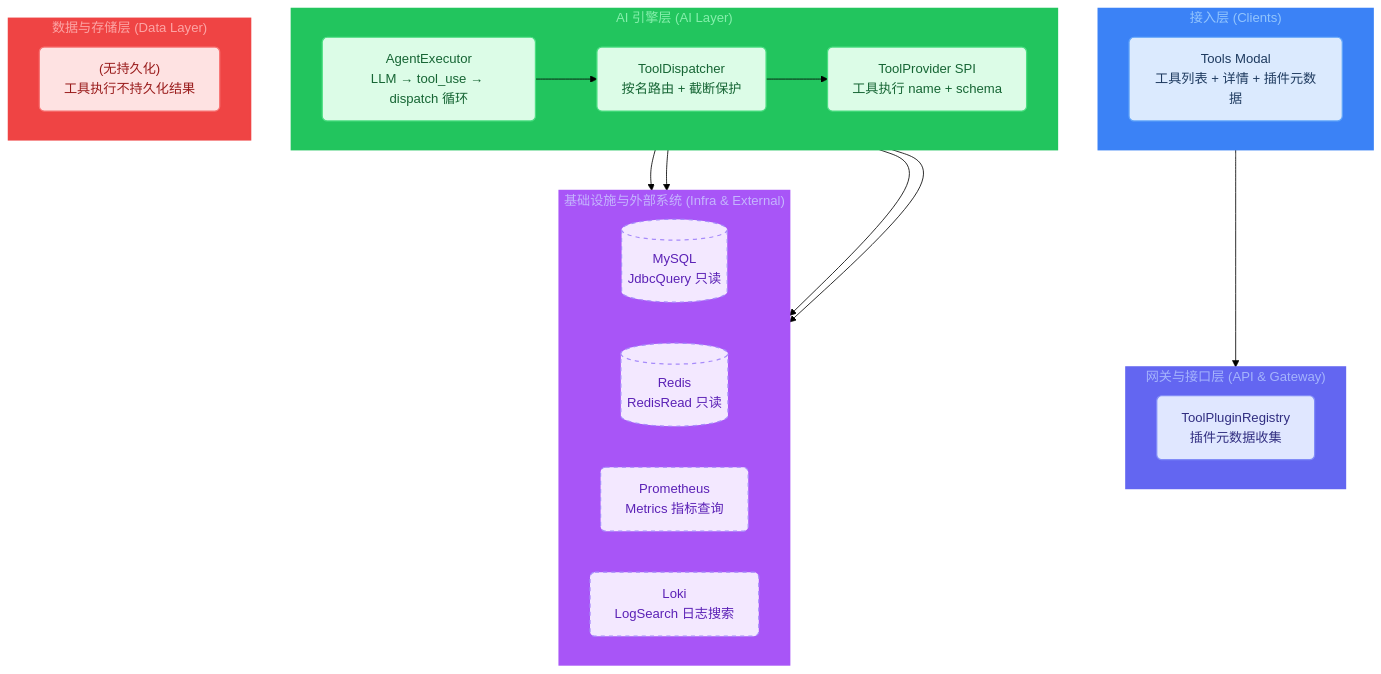
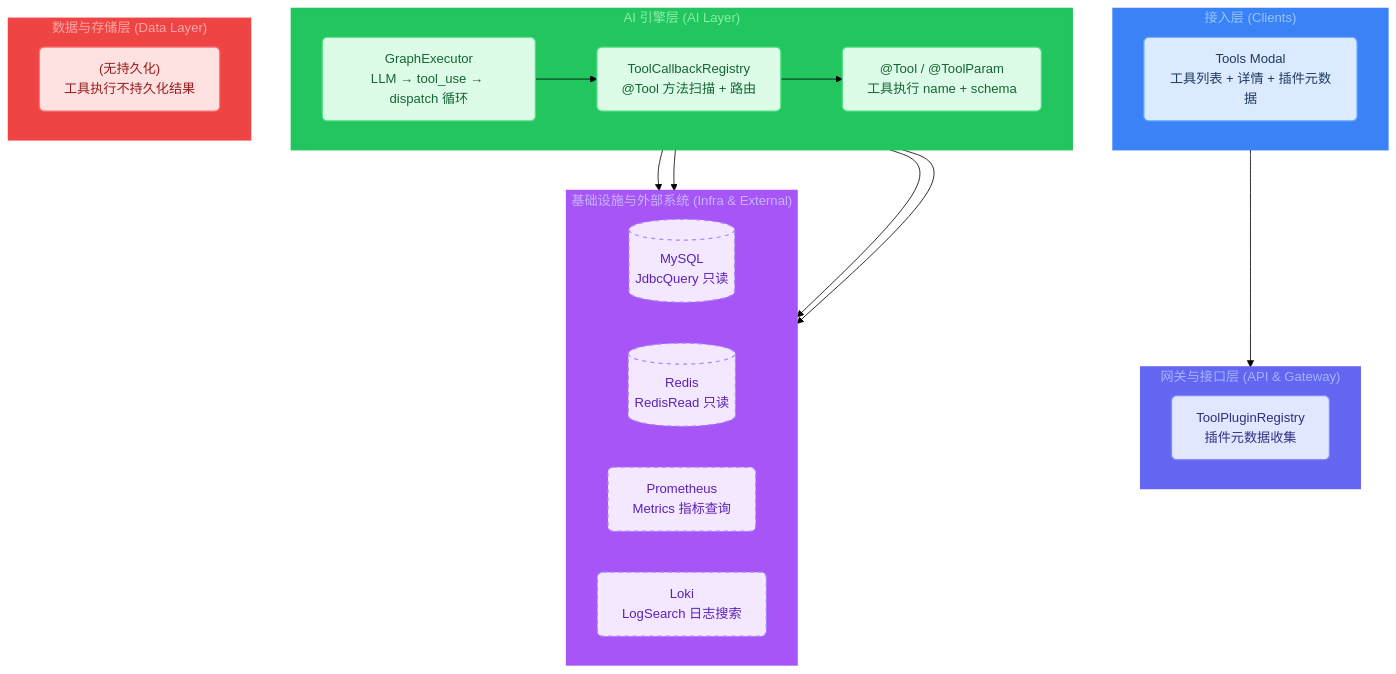
The diagram in docs/site/plugins/plugins-architecture.mmd (watson-song/snap-agent), drawn with Mermaid (forest theme) before and after one commit. The commit also changed 47 other files, not shown here.

First line of the commit message:
docs: update all documentation for architecture deepening

```diff
--- a/docs/site/plugins/plugins-architecture.mmd
+++ b/docs/site/plugins/plugins-architecture.mmd
@@ -1,57 +1,57 @@
 graph TD
     %% ===== Glassmorphism Node Classes =====
     classDef client fill:#dbeafe,stroke:#60a5fa,stroke-width:1.5px,color:#1e3a5f,rx:6px,ry:6px
     classDef api fill:#e0e7ff,stroke:#818cf8,stroke-width:1.5px,color:#312e81,rx:6px,ry:6px
     classDef ai fill:#dcfce7,stroke:#4ade80,stroke-width:1.5px,color:#166534,rx:6px,ry:6px
     classDef storage fill:#fee2e2,stroke:#f87171,stroke-width:1.5px,color:#991b1b,rx:6px,ry:6px
     classDef external fill:#f3e8ff,stroke:#a78bfa,stroke-width:1.5px,stroke-dasharray: 5 5,color:#5b21b6,rx:6px,ry:6px
 
     subgraph Client ["接入层 (Clients)"]
         direction LR
         Modal["Tools Modal<br/>工具列表 + 详情 + 插件元数据"]
     end
 
     subgraph Gateway ["网关与接口层 (API & Gateway)"]
         direction LR
         Registry["ToolPluginRegistry<br/>插件元数据收集"]
     end
 
     subgraph AI ["AI 引擎层 (AI Layer)"]
         direction LR
-        Executor["AgentExecutor<br/>LLM → tool_use → dispatch 循环"]
-        Dispatcher["ToolDispatcher<br/>按名路由 + 截断保护"]
-        Provider["ToolProvider SPI<br/>工具执行 name + schema"]
+        Executor["GraphExecutor<br/>LLM → tool_use → dispatch 循环"]
+        Dispatcher["ToolCallbackRegistry<br/>@Tool 方法扫描 + 路由"]
+        Provider["@Tool / @ToolParam<br/>工具执行 name + schema"]
     end
 
     subgraph Data ["数据与存储层 (Data Layer)"]
         direction LR
         None["(无持久化)<br/>工具执行不持久化结果"]
     end
 
     subgraph External ["基础设施与外部系统 (Infra & External)"]
         direction LR
         MySQL[("MySQL<br/>JdbcQuery 只读")]
         Redis[("Redis<br/>RedisRead 只读")]
         Prom["Prometheus<br/>Metrics 指标查询"]
         Loki["Loki<br/>LogSearch 日志搜索"]
     end
 
     Modal --> Registry
     Executor --> Dispatcher
     Dispatcher --> Provider
     Provider --> MySQL
     Provider --> Redis
     Provider --> Prom
     Provider --> Loki
 
     style Client fill:#3b82f6,stroke:#3b82f6,stroke-width:2px,color:#93c5fd
     style Gateway fill:#6366f1,stroke:#6366f1,stroke-width:2px,color:#a5b4fc
     style AI fill:#22c55e,stroke:#22c55e,stroke-width:2px,color:#86efac
     style Data fill:#ef4444,stroke:#ef4444,stroke-width:2px,color:#fca5a5
     style External fill:#a855f7,stroke:#a855f7,stroke-width:2px,color:#c4b5fd
 
     class Modal client
     class Registry api
     class Executor,Dispatcher,Provider ai
     class None storage
     class MySQL,Redis,Prom,Loki external
```
